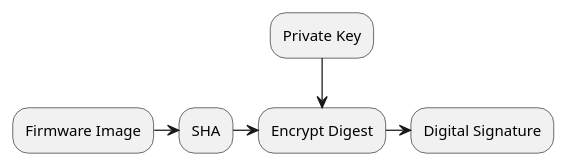
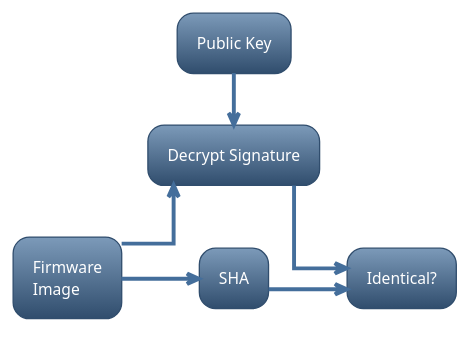
Before and after one commit to orjangj/cookbook: the fifth of 10 diagrams in security/secure_boot.md, drawn with PlantUML. The commit also changed other lines of this file, not shown here.

Commit message:
secure boot: formatting and plantuml diagrams

````diff
--- a/security/secure_boot.md
+++ b/security/secure_boot.md
@@ -224,11 +234,15 @@
 ```plantuml
 @startuml
 
-skinparam backgroundColor #00000000
-"Firmware Image" -right-> "SHA"
--> "Encrypt Digest"
--> "Digital Signature"
-"Private Key" -down-> "Encrypt Digest"
+!theme spacelab
+skinparam nodesep 60
+skinparam linetype ortho
+
+"Firmware\nImage" -right->[FW] "SHA"
+->[Calc.\nDigest] "Identical?"
+"Firmware\nImage" -up->[Signature] "Decrypt Signature"
+"Public Key" -down-> "Decrypt Signature"
+"Decrypt Signature" -->[Orig. digest] "Identical?"
 
 @enduml
 ```
````
